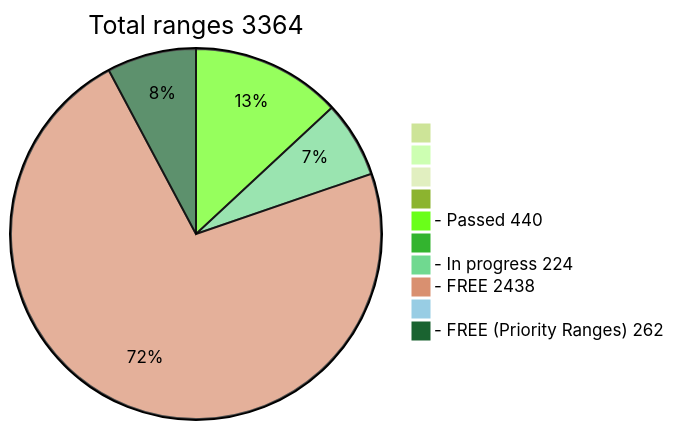
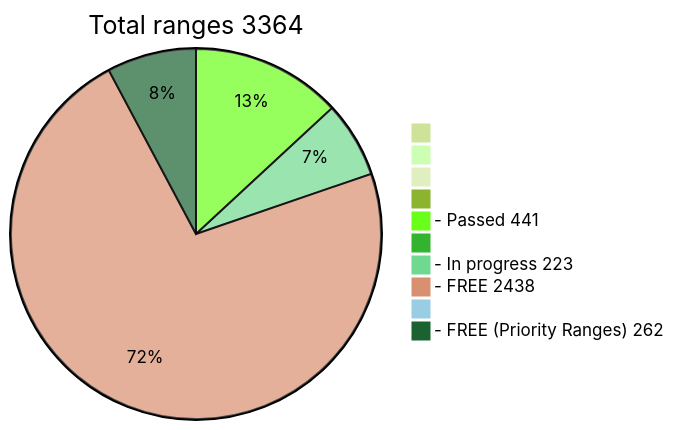
Before and after one commit to phrutis/wif500: the diagram in README.md, drawn with Mermaid (forest theme).

````diff
--- a/README.md
+++ b/README.md
@@ -16,13 +16,13 @@
 ```mermaid
 pie title Total ranges 3364
              " " : 0
             "  " : 0
            "   " : 0
           "    " : 0
-  "- Passed 440" : 440
+  "- Passed 441" : 441
          "     " : 0
-  "- In progress 224" : 224
+  "- In progress 223" : 223
    "- FREE 2438" : 2438
         "      " : 0
   "- FREE (Priority Ranges) 262" : 262
 ```
````
